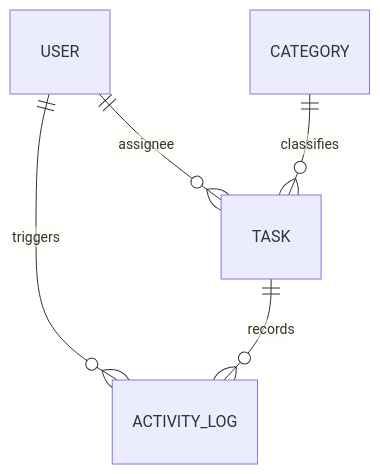
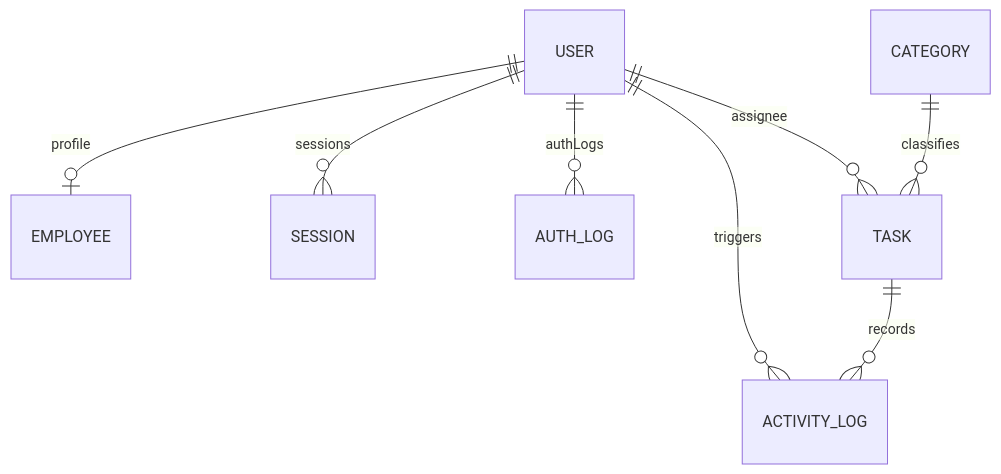
Before and after one commit to prakhar051/Task-Management-Portal: the second of 2 diagrams in PROJECT_REPORT.md, drawn with Mermaid. The commit also changed other lines of this file and 26 other files, not shown here.

````diff
--- a/PROJECT_REPORT.md
+++ b/PROJECT_REPORT.md
@@ -88,7 +88,10 @@
 ```mermaid
 erDiagram
+    USER ||--o| EMPLOYEE : "profile"
+    USER ||--o{ SESSION : "sessions"
+    USER ||--o{ AUTH_LOG : "authLogs"
     USER ||--o{ TASK : "assignee"
     USER ||--o{ ACTIVITY_LOG : "triggers"
     CATEGORY ||--o{ TASK : "classifies"
     TASK ||--o{ ACTIVITY_LOG : "records"
 ```
````
